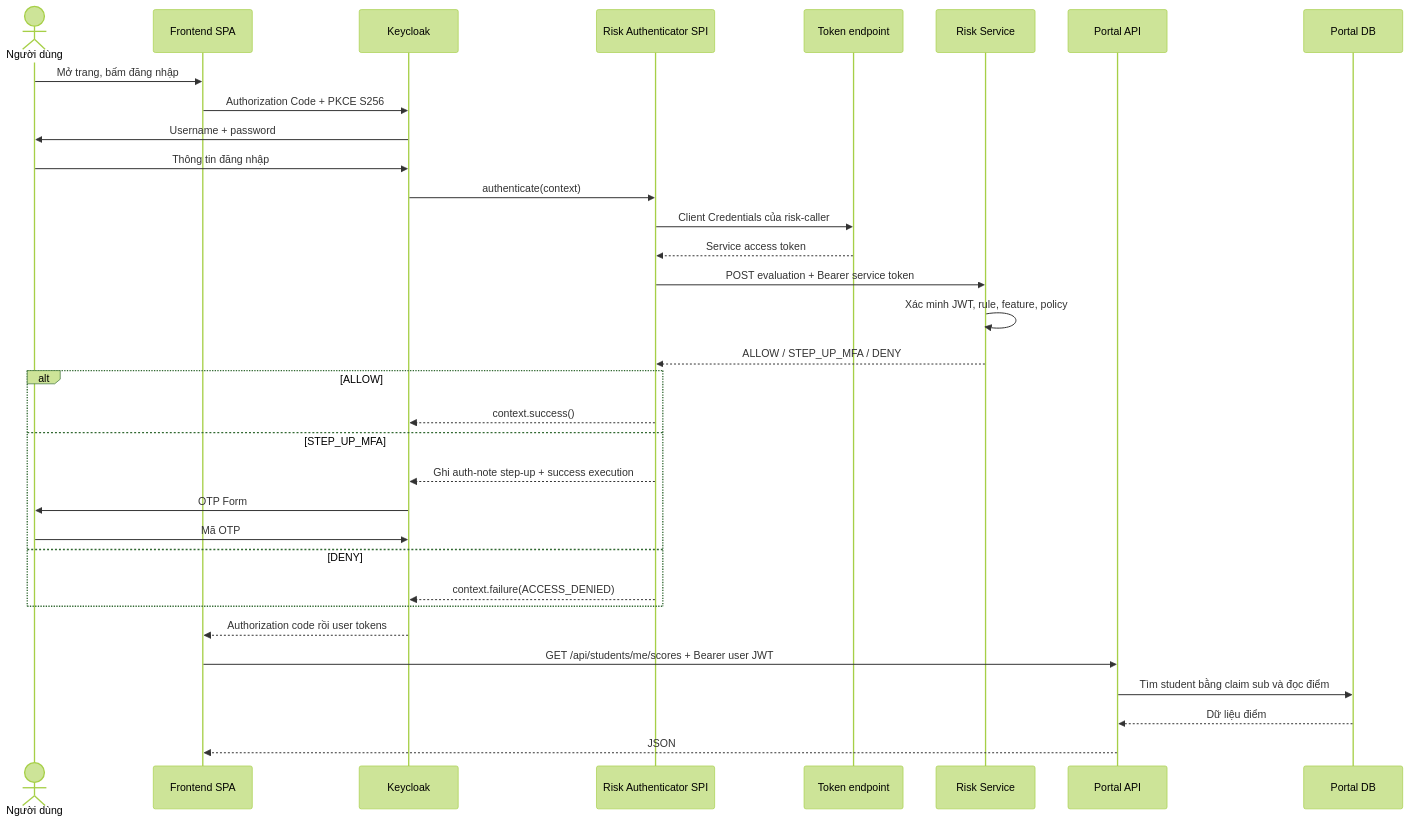
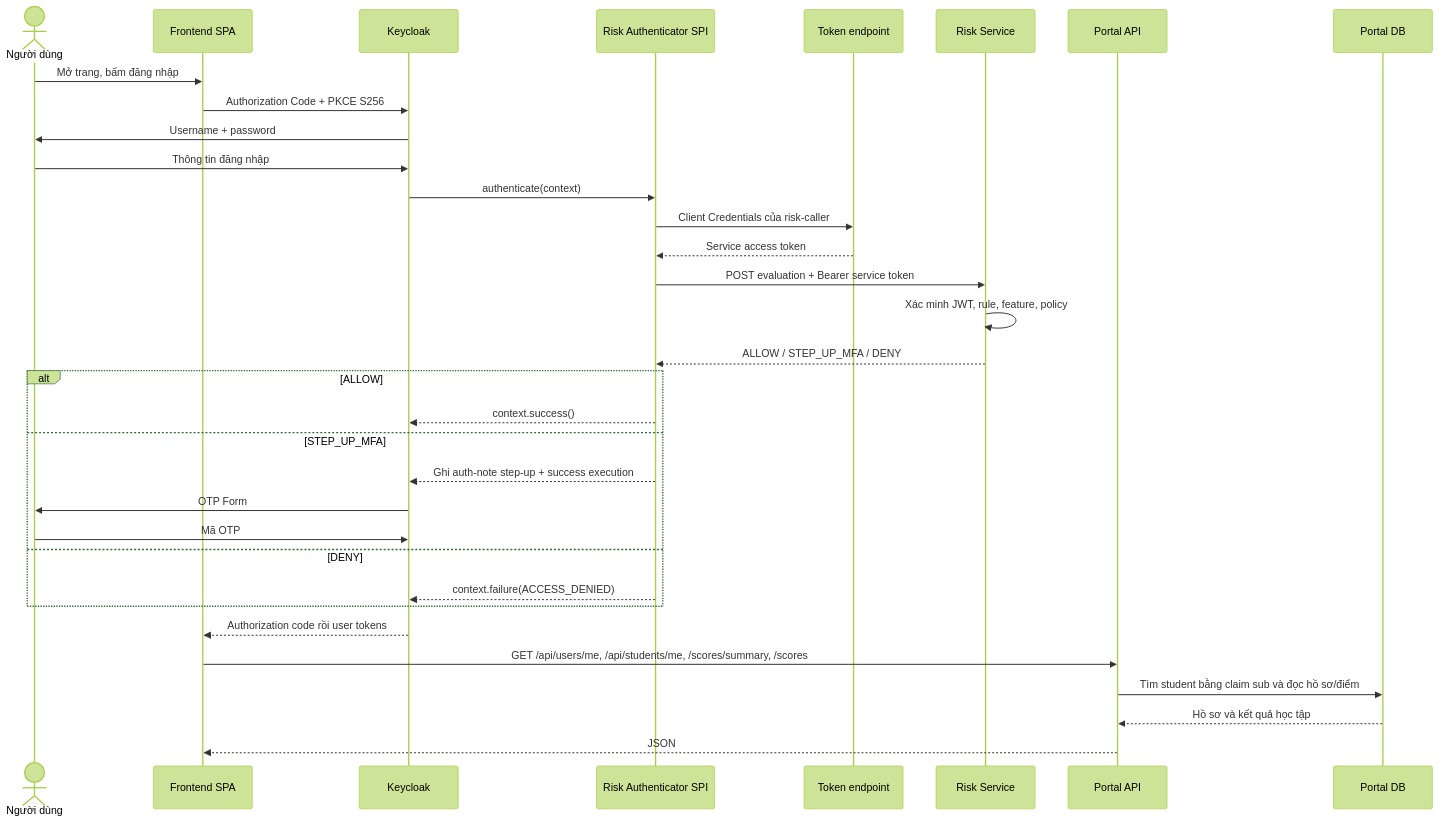
The first of 2 diagrams in CODE_FLOW_WALKTHROUGH.md (NguyenTruong-An/zerotrust), drawn with Mermaid (forest theme) before and after one commit. The commit also changed other lines of this file and 72 other files, not shown here.

````diff
--- a/CODE_FLOW_WALKTHROUGH.md
+++ b/CODE_FLOW_WALKTHROUGH.md
@@ -27,36 +27,36 @@
 ```mermaid
 sequenceDiagram
     actor U as Người dùng
     participant SPA as Frontend SPA
     participant KC as Keycloak
     participant SPI as Risk Authenticator SPI
     participant TOKEN as Token endpoint
     participant RISK as Risk Service
     participant API as Portal API
     participant DB as Portal DB
 
     U->>SPA: Mở trang, bấm đăng nhập
     SPA->>KC: Authorization Code + PKCE S256
     KC->>U: Username + password
     U->>KC: Thông tin đăng nhập
     KC->>SPI: authenticate(context)
     SPI->>TOKEN: Client Credentials của risk-caller
     TOKEN-->>SPI: Service access token
     SPI->>RISK: POST evaluation + Bearer service token
     RISK->>RISK: Xác minh JWT, rule, feature, policy
     RISK-->>SPI: ALLOW / STEP_UP_MFA / DENY
     alt ALLOW
         SPI-->>KC: context.success()
     else STEP_UP_MFA
         SPI-->>KC: Ghi auth-note step-up + success execution
         KC->>U: OTP Form
         U->>KC: Mã OTP
     else DENY
         SPI-->>KC: context.failure(ACCESS_DENIED)
     end
     KC-->>SPA: Authorization code rồi user tokens
-    SPA->>API: GET /api/students/me/scores + Bearer user JWT
-    API->>DB: Tìm student bằng claim sub và đọc điểm
-    DB-->>API: Dữ liệu điểm
+    SPA->>API: GET /api/users/me, /api/students/me, /scores/summary, /scores
+    API->>DB: Tìm student bằng claim sub và đọc hồ sơ/điểm
+    DB-->>API: Hồ sơ và kết quả học tập
     API-->>SPA: JSON
 ```
````
